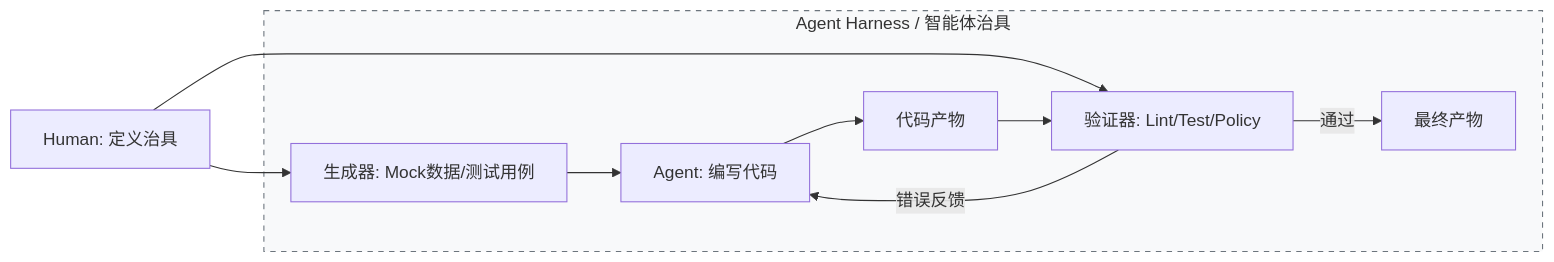
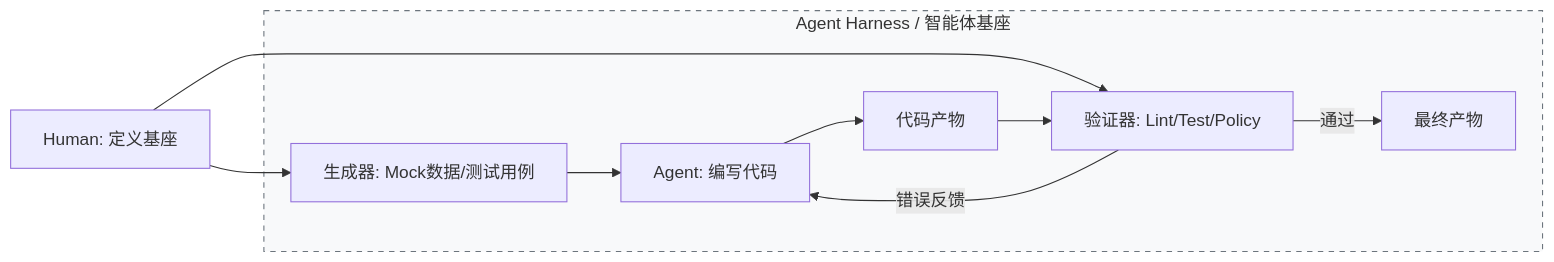
The sixth of 7 diagrams in 10_agentic_coding/10.5_best_practices.md (yeasy/agentic_ai_guide), drawn with Mermaid before and after one commit. The commit also changed other lines of this file, not shown here.

````diff
--- a/10_agentic_coding/10.5_best_practices.md
+++ b/10_agentic_coding/10.5_best_practices.md
@@ -467,15 +467,15 @@
 ```mermaid
 graph LR
-    Human[Human: 定义治具] --> Generators
+    Human[Human: 定义基座] --> Generators
     Human --> Validators
     
-    subgraph Harness [Agent Harness / 智能体治具]
+    subgraph Harness [Agent Harness / 智能体基座]
         Generators[生成器: Mock数据/测试用例] --> Agent
         Agent[Agent: 编写代码] --> Code[代码产物]
         Code --> Validators[验证器: Lint/Test/Policy]
         Validators -- 错误反馈 --> Agent
         Validators -- 通过 --> Result[最终产物]
     end
     
     style Harness fill:#f8f9fa,stroke:#6c757d,stroke-dasharray: 5 5
 ```
````
